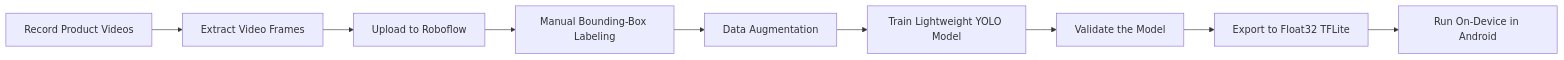
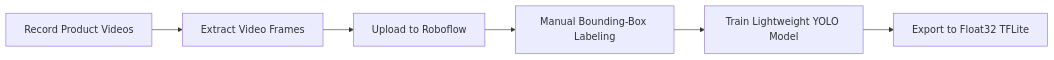
Before and after one commit to bubbletea03/dku-smart-shopping-cart: the second of 2 diagrams in README.md, drawn with Mermaid. The commit also changed other lines of this file, not shown here.

````diff
--- a/README.md
+++ b/README.md
@@ -108,11 +106,8 @@
 ```mermaid
 flowchart LR
     A[Record Product Videos] --> B[Extract Video Frames]
     B --> C[Upload to Roboflow]
     C --> D[Manual Bounding-Box Labeling]
-    D --> E[Data Augmentation]
-    E --> F[Train Lightweight YOLO Model]
-    F --> G[Validate the Model]
-    G --> H[Export to Float32 TFLite]
-    H --> I[Run On-Device in Android]
+    D --> E[Train Lightweight YOLO Model]
+    E --> F[Export to Float32 TFLite]
 ```
````
